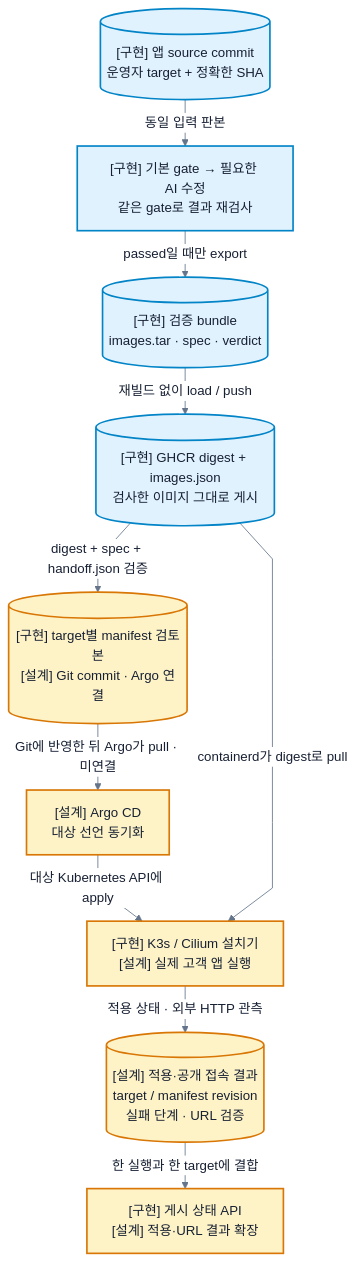
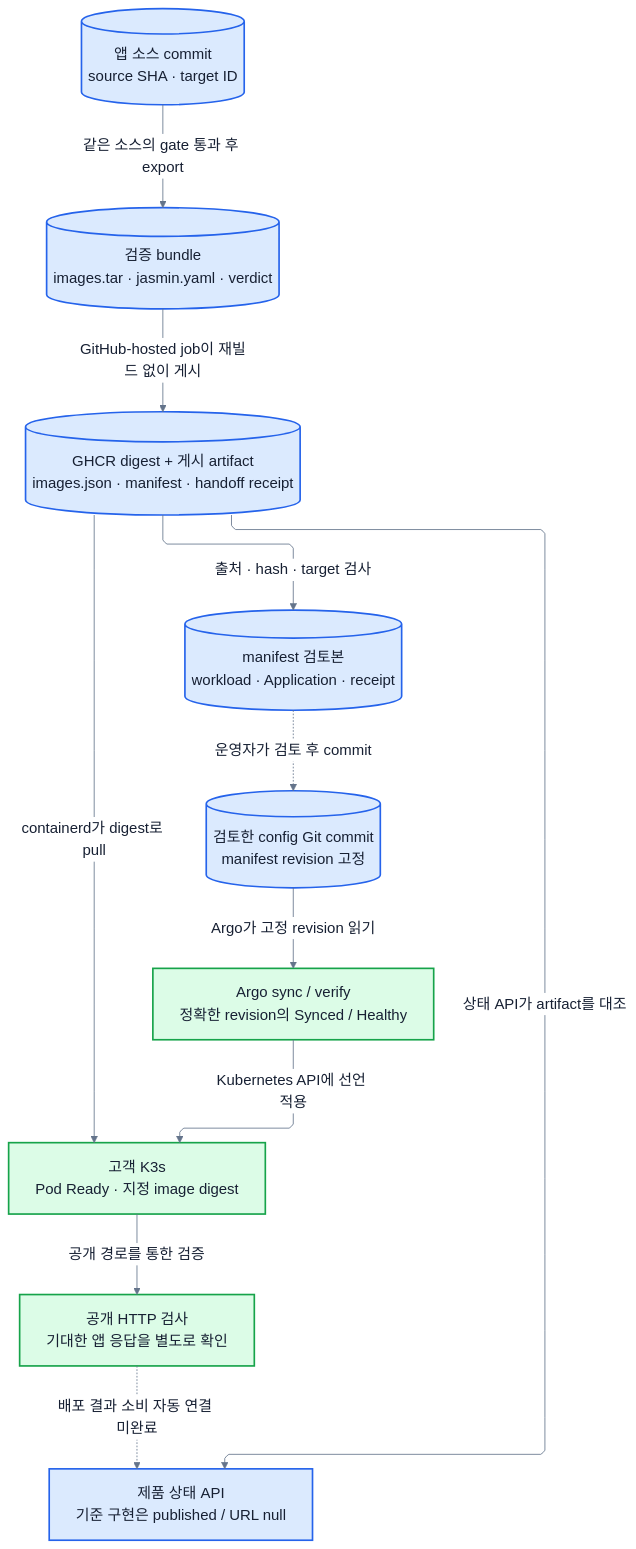
The diagram in docs/architecture/diagrams/data-flow.mmd (Jasmin-Softbank/Railshot), drawn with Mermaid before and after one commit. The commit also changed 22 other files, not shown here.

Commit message:
docs: align architecture diagrams with integrated runtime contracts

```diff
--- a/docs/architecture/diagrams/data-flow.mmd
+++ b/docs/architecture/diagrams/data-flow.mmd
@@ -1,25 +1,27 @@
-%%{init: {"theme":"base","fontFamily":"Arial,sans-serif","themeVariables":{"fontFamily":"Arial,sans-serif","fontSize":"16px","primaryTextColor":"#172033","lineColor":"#64748b","edgeLabelBackground":"#ffffff","clusterBkg":"#f8fafc","clusterBorder":"#cbd5e1"},"flowchart":{"curve":"linear","nodeSpacing":28,"rankSpacing":32,"htmlLabels":true,"subGraphTitleMargin":{"top":12,"bottom":30}}}}%%
+%%{init: {"theme":"base","themeVariables":{"fontFamily":"Arial, Apple SD Gothic Neo, sans-serif","fontSize":"18px","lineColor":"#64748b","primaryTextColor":"#172033","clusterBkg":"#f8fafc","clusterBorder":"#cbd5e1","edgeLabelBackground":"#ffffff"},"flowchart":{"curve":"linear","defaultRenderer":"elk","nodeSpacing":28,"rankSpacing":42,"htmlLabels":true,"wrappingWidth":340,"padding":16}}}%%
 flowchart TB
-  SOURCE[("[구현] 앱 source commit<br/>운영자 target + 정확한 SHA")]:::code
-  GATE["[구현] 기본 gate → 필요한 AI 수정<br/>같은 gate로 결과 재검사"]:::code
-  BUNDLE[("[구현] 검증 bundle<br/>images.tar · spec · verdict")]:::code
-  REG[("[구현] GHCR digest + images.json<br/>검사한 이미지 그대로 게시")]:::code
-  MAN[("[구현] target별 manifest 검토본<br/>[설계] Git commit · Argo 연결")]:::design
-  ARGO["[설계] Argo CD<br/>대상 선언 동기화"]:::design
-  RUNTIME["[구현] K3s / Cilium 설치기<br/>[설계] 실제 고객 앱 실행"]:::design
-  RESULT[("[설계] 적용·공개 접속 결과<br/>target / manifest revision<br/>실패 단계 · URL 검증")]:::design
-  VIEW["[구현] 게시 상태 API<br/>[설계] 적용·URL 결과 확장"]:::design
-  SOURCE -->|"동일 입력 판본"| GATE
-  GATE -->|"passed일 때만 export"| BUNDLE
-  BUNDLE -->|"재빌드 없이 load / push"| REG
-  REG -->|"digest + spec + handoff.json 검증"| MAN
-  MAN -->|"Git에 반영한 뒤 Argo가 pull · 미연결"| ARGO
-  ARGO -->|"대상 Kubernetes API에 apply"| RUNTIME
-  REG -->|"containerd가 digest로 pull"| RUNTIME
-  RUNTIME -->|"적용 상태 · 외부 HTTP 관측"| RESULT
-  RESULT -->|"한 실행과 한 target에 결합"| VIEW
-
-classDef code fill:#e0f2fe,stroke:#0284c7,color:#172033,stroke-width:2px
-classDef design fill:#fef3c7,stroke:#d97706,color:#172033,stroke-width:2px
-classDef pending fill:#ffe4e6,stroke:#e11d48,color:#172033,stroke-width:2px
-classDef actor fill:#172033,stroke:#172033,color:#ffffff,stroke-width:2px
+ S[("앱 소스 commit<br/>source SHA · target ID")]
+ B[("검증 bundle<br/>images.tar · jasmin.yaml · verdict")]
+ R[("GHCR digest + 게시 artifact<br/>images.json · manifest · handoff receipt")]
+ M[("manifest 검토본<br/>workload · Application · receipt")]
+ G[("검토한 config Git commit<br/>manifest revision 고정")]
+ C["Argo sync / verify<br/>정확한 revision의 Synced / Healthy"]
+ K["고객 K3s<br/>Pod Ready · 지정 image digest"]
+ H["공개 HTTP 검사<br/>기대한 앱 응답을 별도로 확인"]
+ V["제품 상태 API<br/>기준 구현은 published / URL null"]
+ S -->|"같은 소스의 gate 통과 후 export"| B
+ B -->|"GitHub-hosted job이 재빌드 없이 게시"| R
+ R -->|"출처 · hash · target 검사"| M
+ M -.->|"운영자가 검토 후 commit"| G
+ G -->|"Argo가 고정 revision 읽기"| C
+ C -->|"Kubernetes API에 선언 적용"| K
+ R -->|"containerd가 digest로 pull"| K
+ K -->|"공개 경로를 통한 검증"| H
+ R -->|"상태 API가 artifact를 대조"| V
+ H -.->|"배포 결과 소비 자동 연결 미완료"| V
+ class S,B,R,M,G,V code
+ class C,K,H evidence
+classDef code fill:#dbeafe,stroke:#2563eb,color:#172033,stroke-width:2px
+classDef evidence fill:#dcfce7,stroke:#16a34a,color:#172033,stroke-width:2px
+classDef pending fill:#fef3c7,stroke:#d97706,color:#172033,stroke-width:2px
+classDef external fill:#f1f5f9,stroke:#64748b,color:#172033,stroke-width:2px
```
